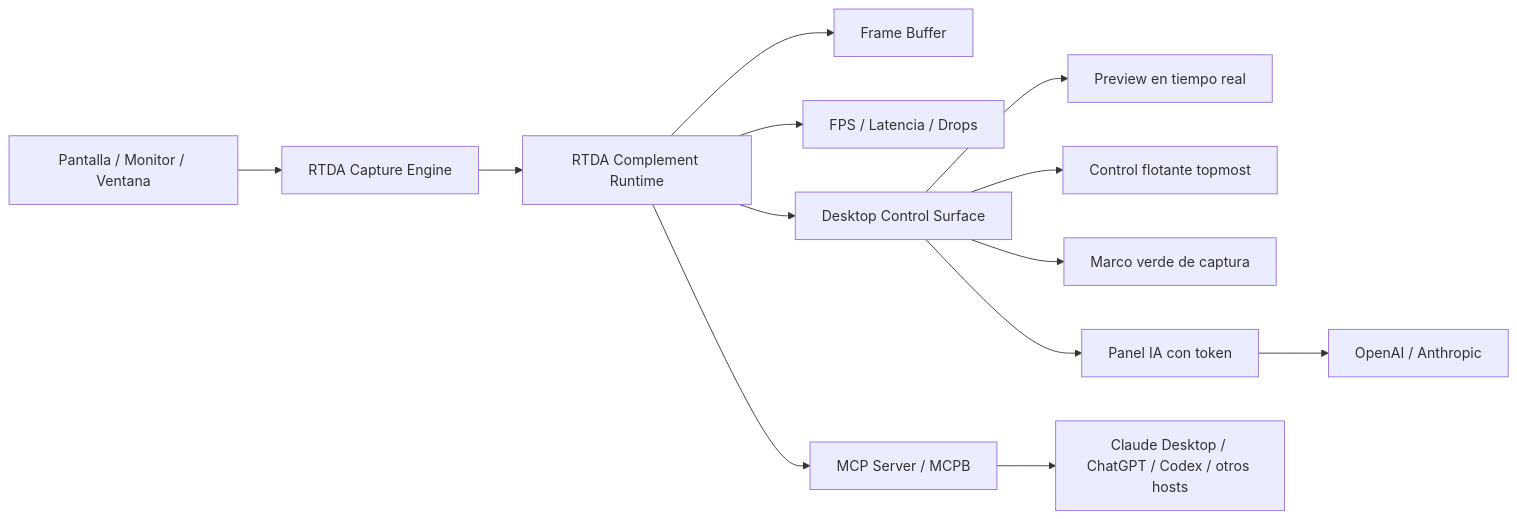
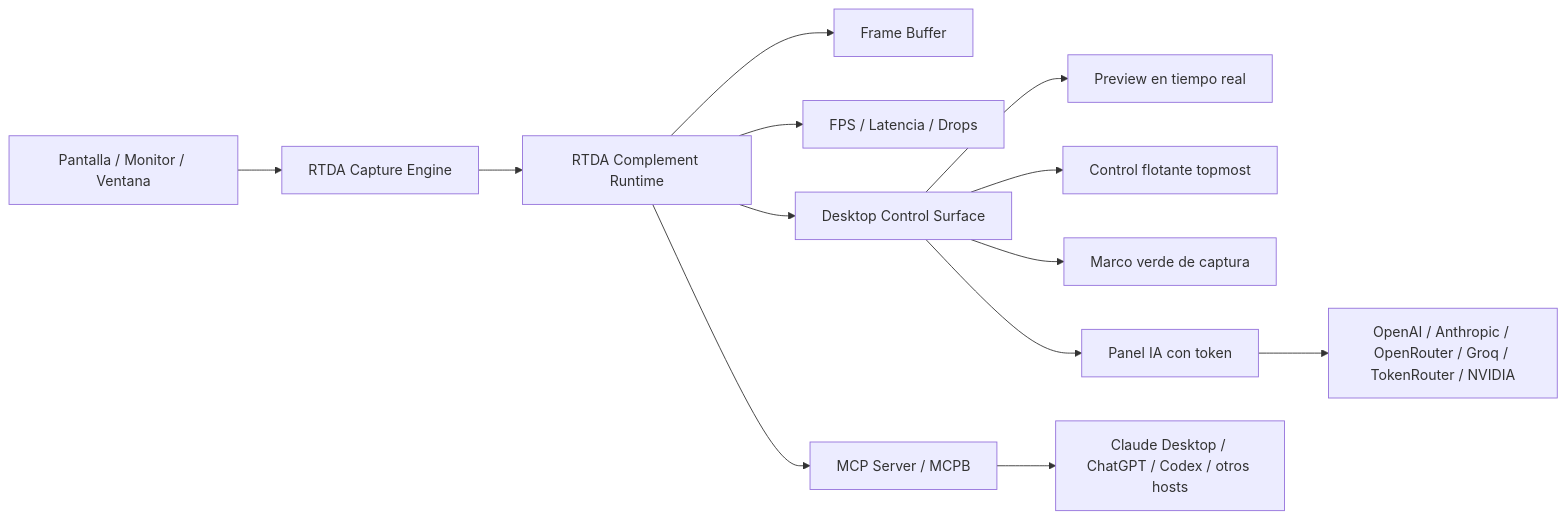
The diagram in README.md (Adan0423/real-time-desktop-agent), drawn with Mermaid before and after one commit. The commit also changed other lines of this file and 9 other files, not shown here.

````diff
--- a/README.md
+++ b/README.md
@@ -35,15 +35,15 @@
 ```mermaid
 flowchart LR
     Screen["Pantalla / Monitor / Ventana"] --> Capture["RTDA Capture Engine"]
     Capture --> Runtime["RTDA Complement Runtime"]
     Runtime --> Buffer["Frame Buffer"]
     Runtime --> Metrics["FPS / Latencia / Drops"]
     Runtime --> MCP["MCP Server / MCPB"]
     Runtime --> Desktop["Desktop Control Surface"]
     Desktop --> Preview["Preview en tiempo real"]
     Desktop --> Floating["Control flotante topmost"]
     Desktop --> Overlay["Marco verde de captura"]
     Desktop --> AIClient["Panel IA con token"]
-    AIClient --> Providers["OpenAI / Anthropic"]
+    AIClient --> Providers["OpenAI / Anthropic / OpenRouter / Groq / TokenRouter / NVIDIA"]
     MCP --> Hosts["Claude Desktop / ChatGPT / Codex / otros hosts"]
 ```
````
